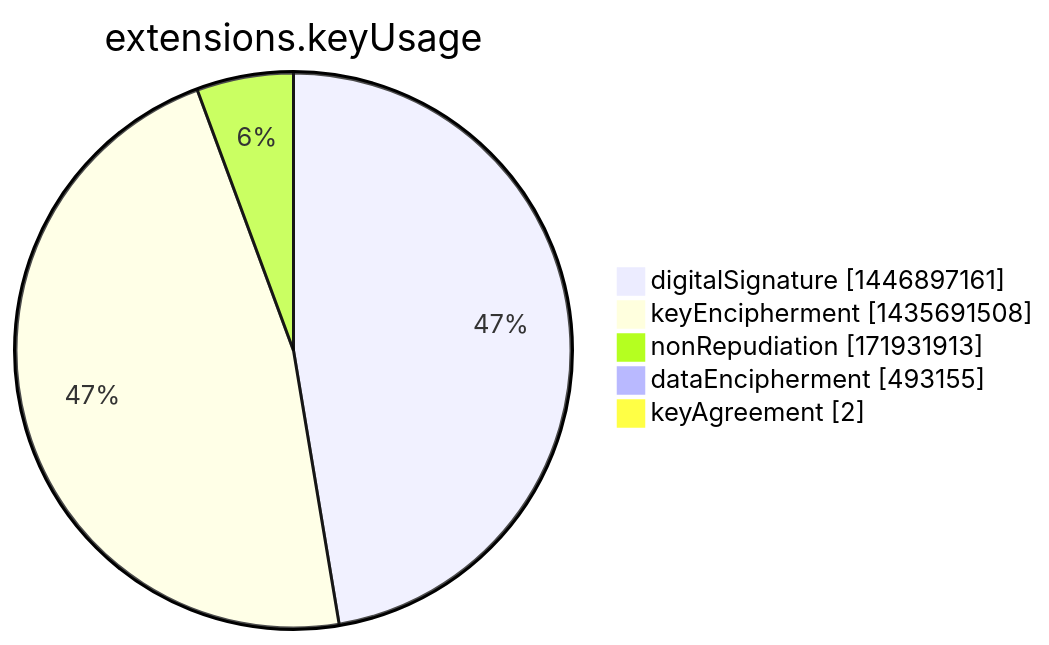
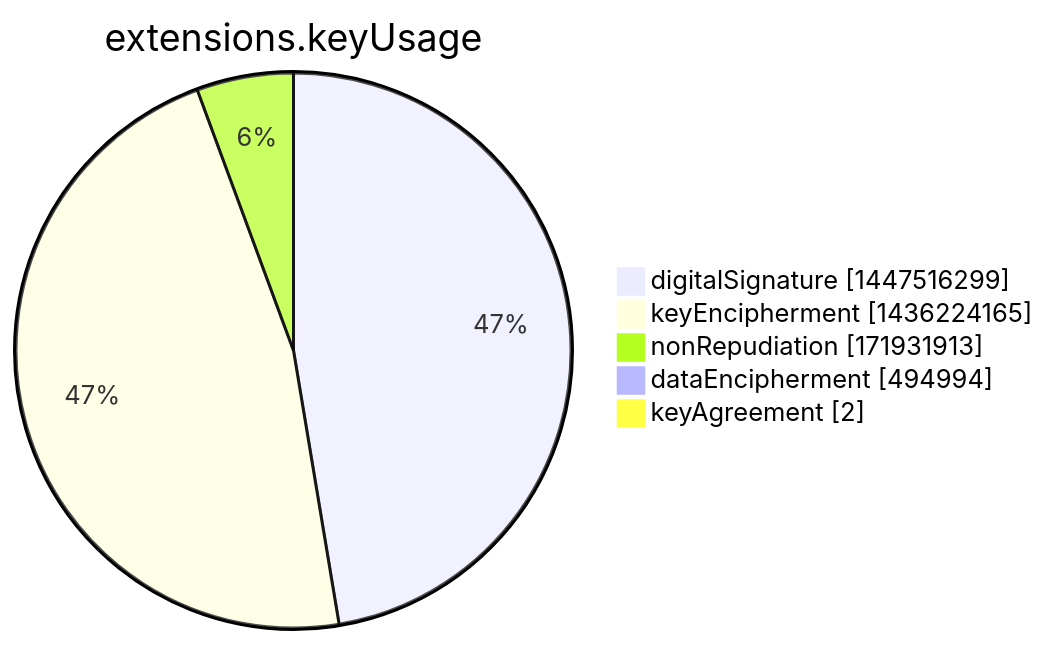
One commit to christiankrug/ctmonitor_visualization changed the seventh of 15 diagrams in argon2022/README.md. Above: the diagram before and after it, drawn with Mermaid. The commit also changed other lines of this file, not shown here.

````diff
--- a/argon2022/README.md
+++ b/argon2022/README.md
@@ -2751,9 +2751,9 @@
 ```mermaid
 pie showData
 title extensions.keyUsage
-"digitalSignature" :1446897161
-"keyEncipherment" :1435691508
+"digitalSignature" :1447516299
+"keyEncipherment" :1436224165
 "nonRepudiation" :171931913
-"dataEncipherment" :493155
+"dataEncipherment" :494994
 "keyAgreement" :2
 ```
````
